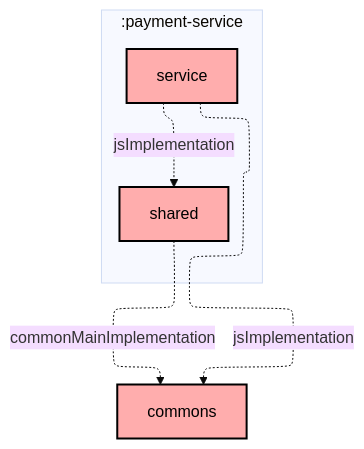
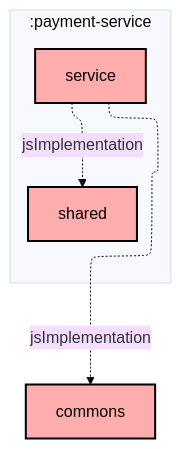
One commit to Norby99/munchies changed the diagram in payment-service/service/README.md. Above: the diagram before and after it, drawn with Mermaid (base theme). The commit also changed 1 other file, not shown here.

Commit message:
docs: update dependencies

````diff
--- a/payment-service/service/README.md
+++ b/payment-service/service/README.md
@@ -6,21 +6,20 @@
 ```mermaid
 ---
 config:
   layout: elk
   elk:
     nodePlacementStrategy: SIMPLE
 ---
 graph TB
   subgraph :payment-service
     direction TB
     :payment-service:service[service]:::unknown
     :payment-service:shared[shared]:::unknown
   end
   :commons[commons]:::unknown
 
   :payment-service:service -.->|jsImplementation| :commons
   :payment-service:service -.->|jsImplementation| :payment-service:shared
-  :payment-service:shared -.->|commonMainImplementation| :commons
 
 classDef unknown fill:#FFADAD,stroke:#000,stroke-width:2px,color:#000;
 ```
````
